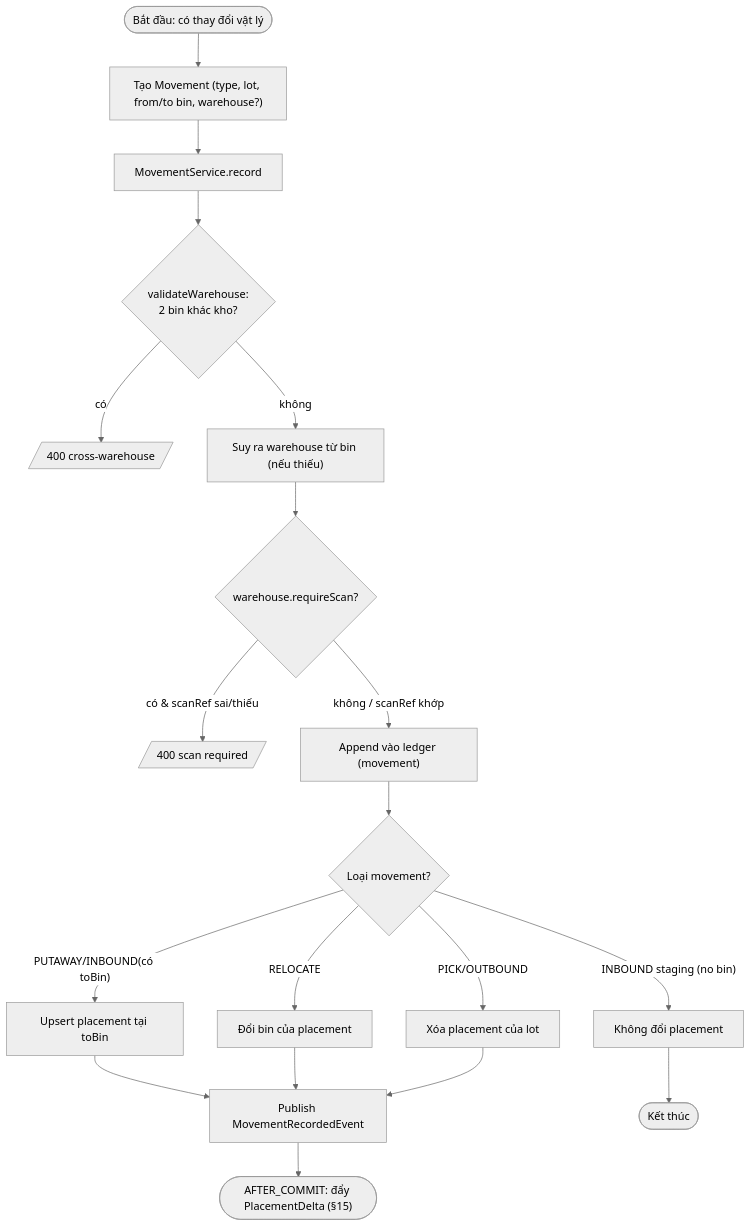
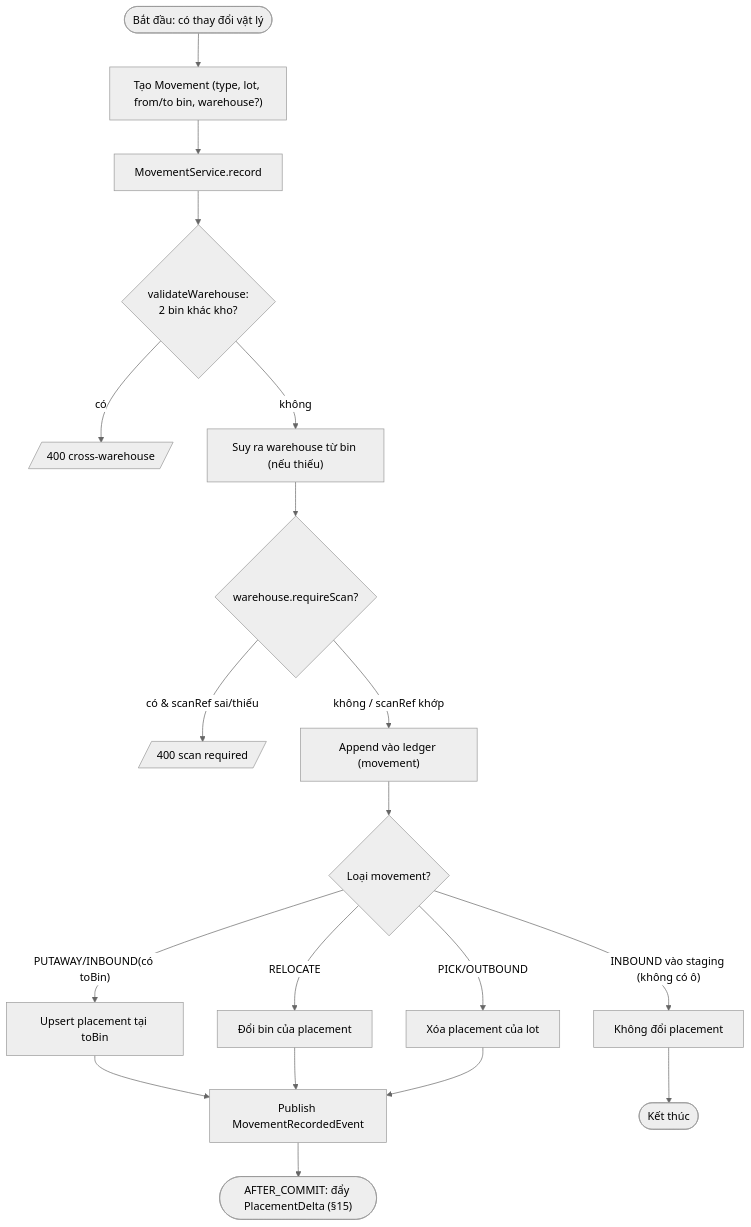
The ninth of 18 diagrams in docs/diagrams.md (nguyenichnghia/stockpile-3d), drawn with Mermaid (neutral theme) before and after one commit. The commit also changed 8 other files, not shown here.

````diff
--- a/docs/diagrams.md
+++ b/docs/diagrams.md
@@ -445,21 +445,21 @@
 ```mermaid
 flowchart TD
     A(["Bắt đầu: có thay đổi vật lý"]) --> B["Tạo Movement (type, lot, from/to bin, warehouse?)"]
     B --> C["MovementService.record"]
     C --> V1{"validateWarehouse:<br/>2 bin khác kho?"}
     V1 -- có --> X1[/"400 cross-warehouse"/]
     V1 -- không --> V2["Suy ra warehouse từ bin (nếu thiếu)"]
     V2 --> S{"warehouse.requireScan?"}
     S -- có & scanRef sai/thiếu --> X2[/"400 scan required"/]
     S -- không / scanRef khớp --> D["Append vào ledger (movement)"]
     D --> E{"Loại movement?"}
     E -- PUTAWAY/INBOUND(có toBin) --> F["Upsert placement tại toBin"]
     E -- RELOCATE --> G["Đổi bin của placement"]
     E -- PICK/OUTBOUND --> H["Xóa placement của lot"]
-    E -- INBOUND staging (no bin) --> I0["Không đổi placement"]
+    E -- "INBOUND vào staging (không có ô)" --> I0["Không đổi placement"]
     F --> P["Publish MovementRecordedEvent"]
     G --> P
     H --> P
     I0 --> Z(["Kết thúc"])
     P --> Z2(["AFTER_COMMIT: đẩy PlacementDelta (§15)"])
 ```
````
